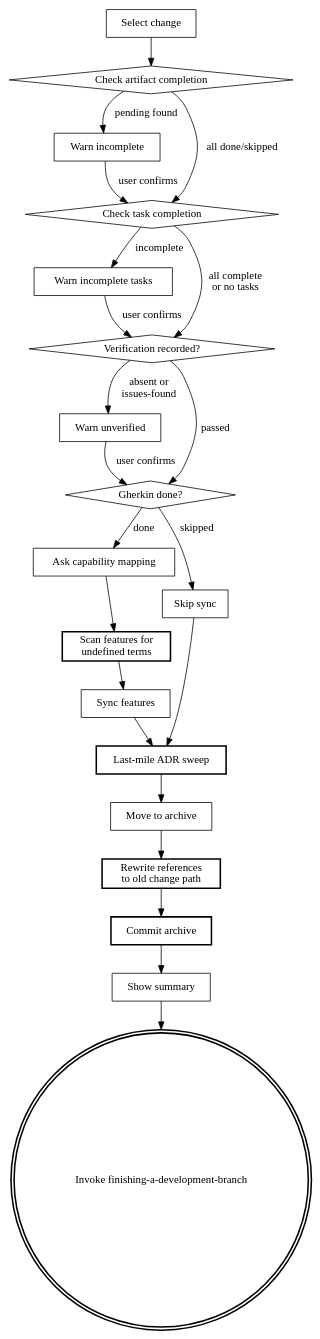
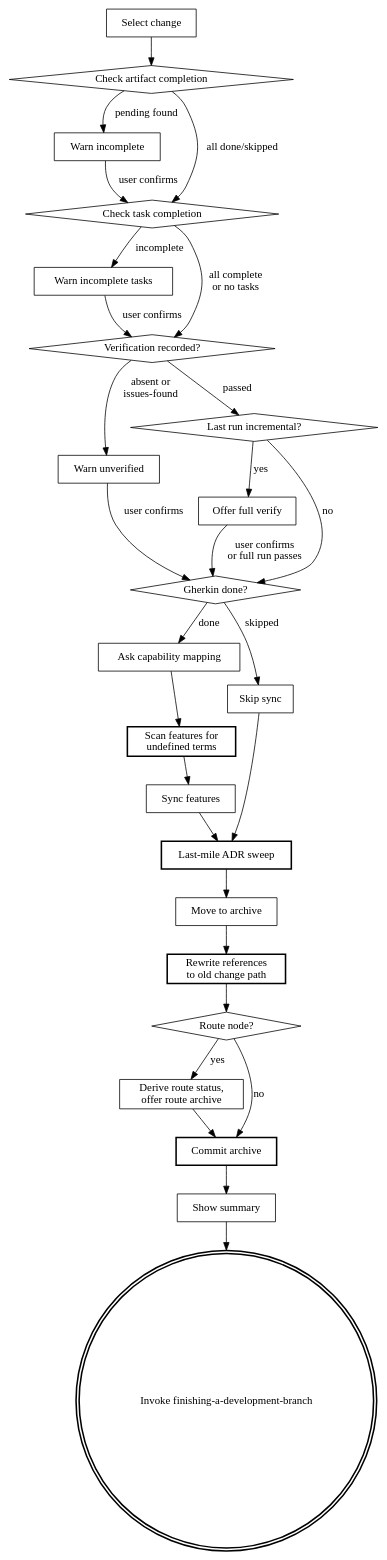
The diagram in skills/archive/SKILL.md (kirkchen/beat), drawn with Graphviz before and after one commit. The commit also changed other lines of this file and 14 other files, not shown here.

First line of the commit message:
refactor(skills): harden topology changes — flowcharts, red flags, descriptions

````diff
--- a/skills/archive/SKILL.md
+++ b/skills/archive/SKILL.md
@@ -95,44 +97,54 @@
 ```dot
 digraph archive {
     "Select change" [shape=box];
     "Check artifact completion" [shape=diamond];
     "Warn incomplete" [shape=box];
     "Check task completion" [shape=diamond];
     "Warn incomplete tasks" [shape=box];
     "Verification recorded?" [shape=diamond];
     "Warn unverified" [shape=box];
+    "Last run incremental?" [shape=diamond];
+    "Offer full verify" [shape=box];
     "Gherkin done?" [shape=diamond];
     "Ask capability mapping" [shape=box];
     "Scan features for\nundefined terms" [shape=box, style=bold];
     "Sync features" [shape=box];
     "Skip sync" [shape=box];
     "Last-mile ADR sweep" [shape=box, style=bold];
     "Move to archive" [shape=box];
     "Rewrite references\nto old change path" [shape=box, style=bold];
+    "Route node?" [shape=diamond];
+    "Derive route status,\noffer route archive" [shape=box];
     "Commit archive" [shape=box, style=bold];
     "Show summary" [shape=box];
     "Invoke finishing-a-development-branch" [shape=doublecircle, style=bold];
 
     "Select change" -> "Check artifact completion";
     "Check artifact completion" -> "Warn incomplete" [label="pending found"];
     "Check artifact completion" -> "Check task completion" [label="all done/skipped"];
     "Warn incomplete" -> "Check task completion" [label="user confirms"];
     "Check task completion" -> "Warn incomplete tasks" [label="incomplete"];
     "Check task completion" -> "Verification recorded?" [label="all complete\nor no tasks"];
     "Warn incomplete tasks" -> "Verification recorded?" [label="user confirms"];
     "Verification recorded?" -> "Warn unverified" [label="absent or\nissues-found"];
-    "Verification recorded?" -> "Gherkin done?" [label="passed"];
+    "Verification recorded?" -> "Last run incremental?" [label="passed"];
     "Warn unverified" -> "Gherkin done?" [label="user confirms"];
+    "Last run incremental?" -> "Offer full verify" [label="yes"];
+    "Last run incremental?" -> "Gherkin done?" [label="no"];
+    "Offer full verify" -> "Gherkin done?" [label="user confirms\nor full run passes"];
     "Gherkin done?" -> "Ask capability mapping" [label="done"];
     "Gherkin done?" -> "Skip sync" [label="skipped"];
     "Ask capability mapping" -> "Scan features for\nundefined terms";
     "Scan features for\nundefined terms" -> "Sync features";
     "Sync features" -> "Last-mile ADR sweep";
     "Skip sync" -> "Last-mile ADR sweep";
     "Last-mile ADR sweep" -> "Move to archive";
     "Move to archive" -> "Rewrite references\nto old change path";
-    "Rewrite references\nto old change path" -> "Commit archive";
+    "Rewrite references\nto old change path" -> "Route node?";
+    "Route node?" -> "Derive route status,\noffer route archive" [label="yes"];
+    "Route node?" -> "Commit archive" [label="no"];
+    "Derive route status,\noffer route archive" -> "Commit archive";
     "Commit archive" -> "Show summary";
     "Show summary" -> "Invoke finishing-a-development-branch";
 }
 ```
````
